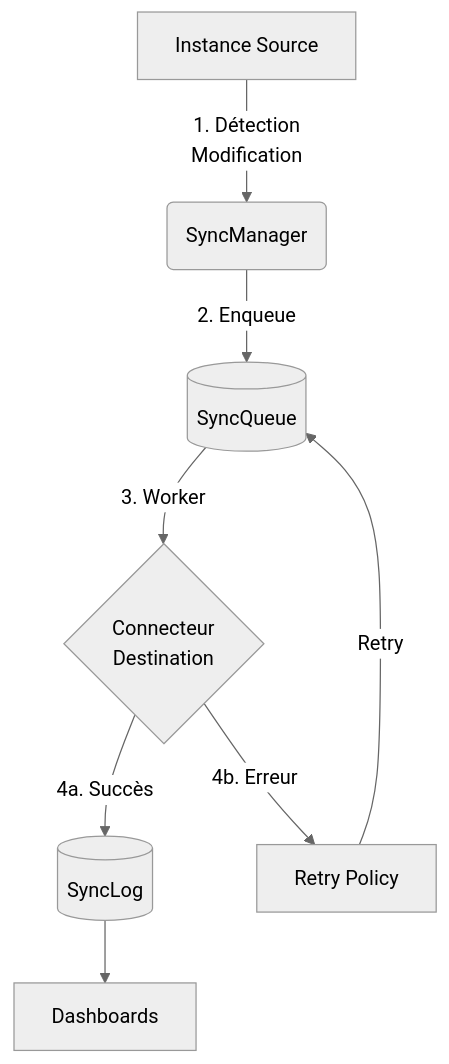
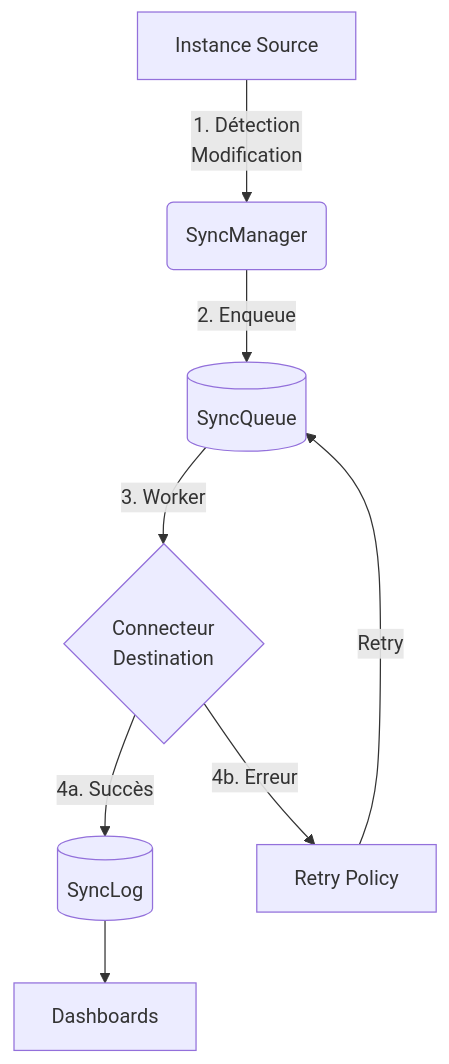
The first of 2 diagrams in odoo_to_odoo_sync/Spécifications.md (arpol-dev/bemade-addons), drawn with Mermaid before and after one commit. The commit also changed other lines of this file and 46 other files, not shown here.

````diff
--- a/odoo_to_odoo_sync/Spécifications.md
+++ b/odoo_to_odoo_sync/Spécifications.md
@@ -18,11 +18,10 @@
 ```mermaid
-%%{init: {'theme': 'neutral'}}%%
 flowchart TD
     A[Instance Source] -->|1. Détection\nModification| B(SyncManager)
     B -->|2. Enqueue| C[(SyncQueue)]
     C -->|3. Worker| D{Connecteur\nDestination}
     D -->|4a. Succès| E[(SyncLog)]
     D -->|4b. Erreur| F[Retry Policy]
     F -->|Retry| C
     E --> G[Dashboards]
 ```
````
